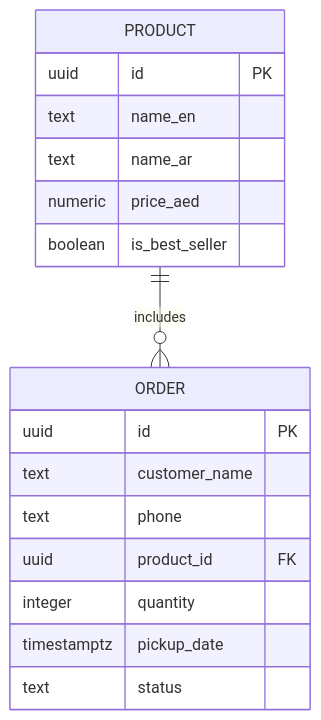
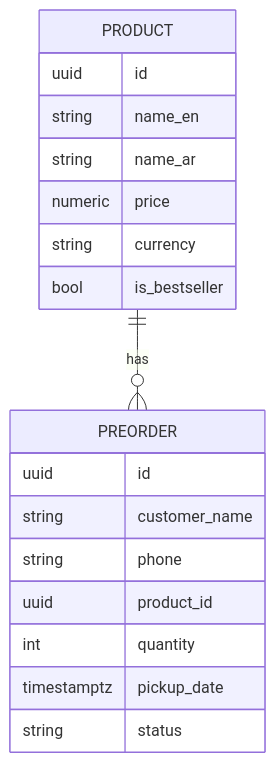
The diagram in projects/golden-crust-bakery/docs/database.md (meghana-m-revankar/ai-builder), drawn with Mermaid before and after one commit. The commit also changed other lines of this file and 20 other files, not shown here.

````diff
--- a/projects/golden-crust-bakery/docs/database.md
+++ b/projects/golden-crust-bakery/docs/database.md
@@ -4,20 +4,21 @@
 ```mermaid
 erDiagram
-    PRODUCT ||--o{ ORDER : includes
+    PRODUCT ||--o{ PREORDER : has
     PRODUCT {
-        uuid id PK
-        text name_en
-        text name_ar
-        numeric price_aed
-        boolean is_best_seller
+        uuid id
+        string name_en
+        string name_ar
+        numeric price
+        string currency
+        bool is_bestseller
     }
-    ORDER {
-        uuid id PK
-        text customer_name
-        text phone
-        uuid product_id FK
-        integer quantity
+    PREORDER {
+        uuid id
+        string customer_name
+        string phone
+        uuid product_id
+        int quantity
         timestamptz pickup_date
-        text status
+        string status
     }
 ```
````
